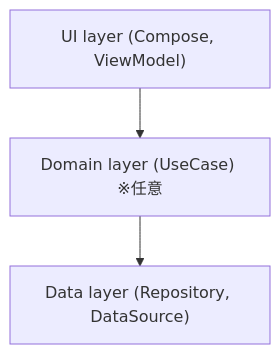
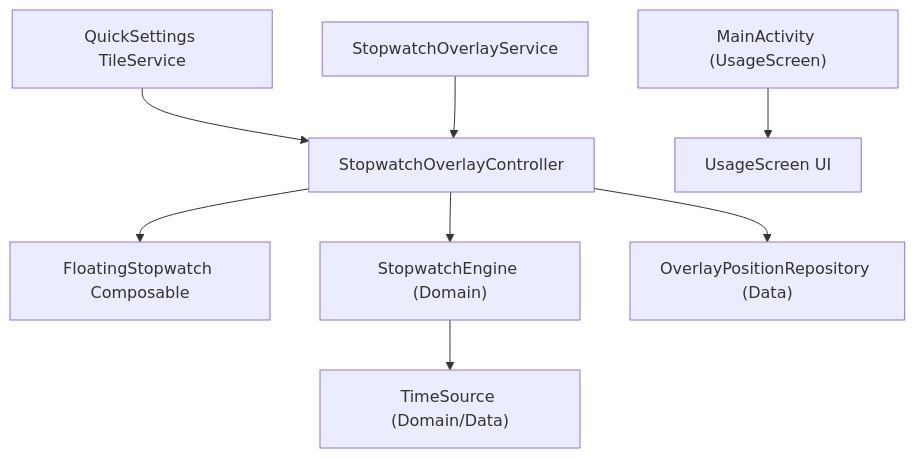
Before and after one commit to isseikz/QuickStopWatch: the diagram in docs/03-architecture/architecture.md, drawn with Mermaid. The commit also changed other lines of this file and 20 other files, not shown here.

````diff
--- a/docs/03-architecture/architecture.md
+++ b/docs/03-architecture/architecture.md
@@ -15,5 +15,12 @@
 ```mermaid
 flowchart TD
-    UI["UI layer (Compose, ViewModel)"] --> Domain["Domain layer (UseCase) ※任意"]
-    Domain --> Data["Data layer (Repository, DataSource)"]
+    Tile["QuickSettings TileService"] --> Controller["StopwatchOverlayController"]
+    OverlayService["StopwatchOverlayService"] --> Controller
+    Activity["MainActivity (UsageScreen)"] --> UsageUI["UsageScreen UI"]
+    
+    Controller --> FloatingUI["FloatingStopwatch Composable"]
+    Controller --> Engine["StopwatchEngine (Domain)"]
+    Controller --> WindowRepo["OverlayPositionRepository (Data)"]
+    
+    Engine --> TimeSource["TimeSource (Domain/Data)"]
 ```
````
